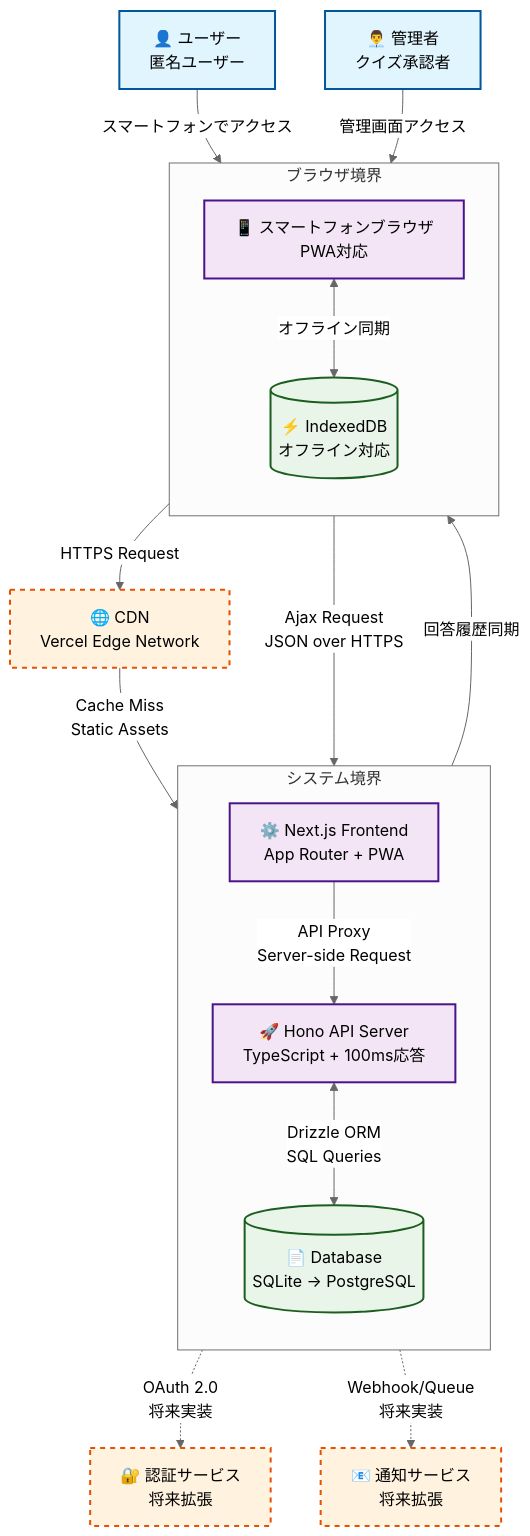
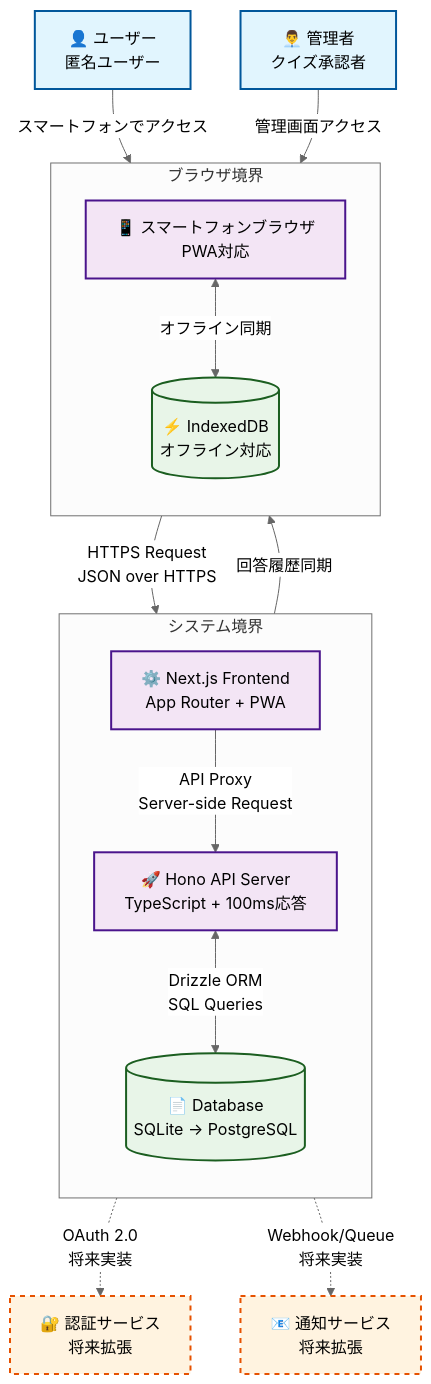
Before and after one commit to tanacchi/your-quiz: the diagram in docs/project/architecture/diagrams/system-context.md, drawn with Mermaid (neutral theme). The commit also changed 16 other files, not shown here.

First line of the commit message:
Update architecture diagrams: IndexedDB browser operations and remove CDN

````diff
--- a/docs/project/architecture/diagrams/system-context.md
+++ b/docs/project/architecture/diagrams/system-context.md
@@ -9,74 +9,68 @@
 ```mermaid
 graph TB
     %% External Actors
     User[👤 ユーザー<br/>匿名ユーザー]
     Admin[👨‍💼 管理者<br/>クイズ承認者]
 
     %% Client Layer
     Browser[📱 スマートフォンブラウザ<br/>PWA対応]
 
-    %% CDN Layer
-    CDN[🌐 CDN<br/>Vercel Edge Network]
 
     %% Application Layer
     Frontend[⚙️ Next.js Frontend<br/>App Router + PWA]
     API[🚀 Hono API Server<br/>TypeScript + 100ms応答]
 
     %% Data Layer
     DB[(📄 Database<br/>SQLite → PostgreSQL)]
     Cache[(⚡ IndexedDB<br/>オフライン対応)]
 
     %% External Services (Future)
     AuthService[🔐 認証サービス<br/>将来拡張]
     NotificationService[📧 通知サービス<br/>将来拡張]
 
     %% User Interactions
     User -->|スマートフォンでアクセス| Browser
     Admin -->|管理画面アクセス| Browser
 
     %% Client to Services
-    Browser -->|HTTPS Request| CDN
     Browser <-->|オフライン同期| Cache
 
-    %% CDN to Application
-    CDN -->|Cache Miss<br/>Static Assets| Frontend
-
-    %% Browser to Frontend (Ajax)
-    Browser -->|Ajax Request<br/>JSON over HTTPS| Frontend
+    %% Browser to Frontend (Direct)
+    Browser -->|HTTPS Request<br/>JSON over HTTPS| Frontend
 
     %% Frontend to API (Proxy)
     Frontend -->|API Proxy<br/>Server-side Request| API
 
     %% API to Data
     API <-->|Drizzle ORM<br/>SQL Queries| DB
-    API -->|回答履歴同期| Cache
+    Frontend -->|回答履歴同期| Cache
 
     %% Future Integrations (Dotted Lines)
     API -.->|OAuth 2.0<br/>将来実装| AuthService
     API -.->|Webhook/Queue<br/>将来実装| NotificationService
 
     %% System Boundary
     subgraph "システム境界"
         direction TB
         Frontend
         API
         DB
     end
 
     subgraph "ブラウザ境界"
         direction TB
         Browser
         Cache
     end
 
     %% Styling
     classDef userClass fill:#e1f5fe,stroke:#01579b,stroke-width:2px
     classDef appClass fill:#f3e5f5,stroke:#4a148c,stroke-width:2px
     classDef dataClass fill:#e8f5e8,stroke:#1b5e20,stroke-width:2px
     classDef externalClass fill:#fff3e0,stroke:#e65100,stroke-width:2px,stroke-dasharray: 5 5
 
     class User,Admin userClass
     class Browser,Frontend,API appClass
     class DB,Cache dataClass
-    class CDN,AuthService,NotificationService externalClass
+    class AuthService,NotificationService externalClass
 ```
````
